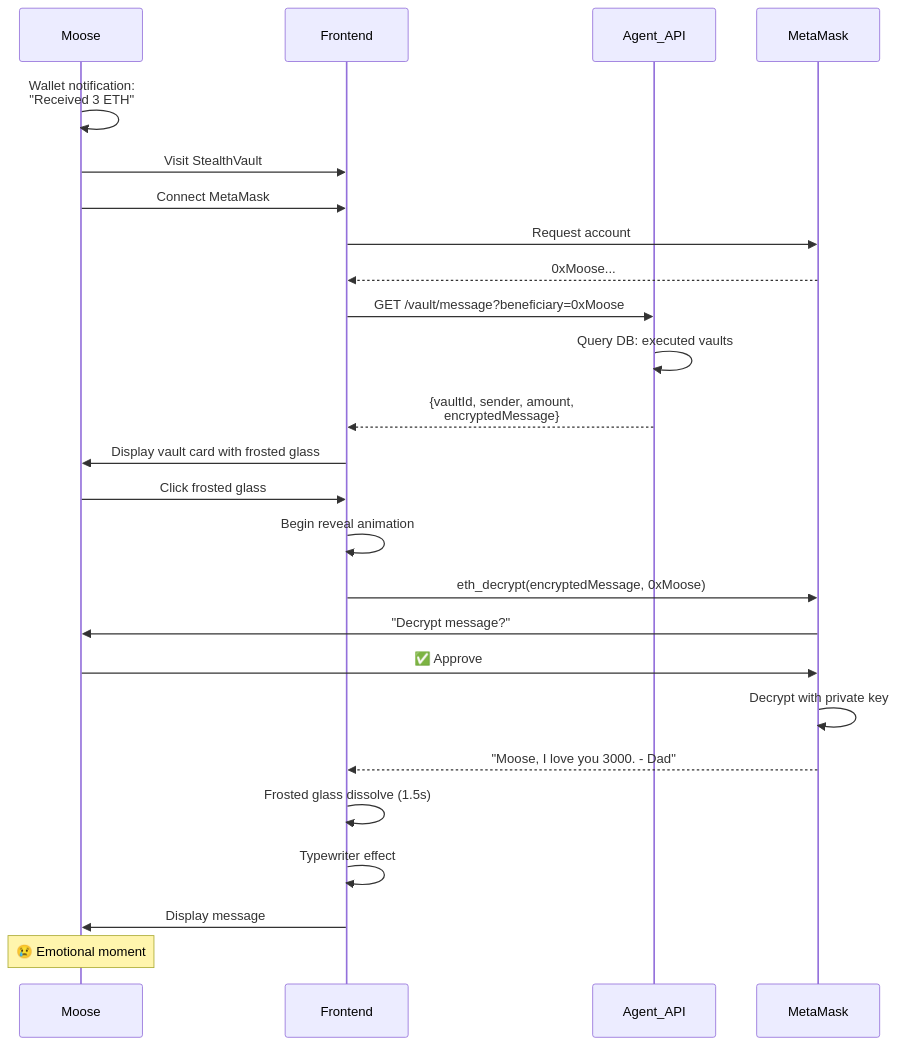
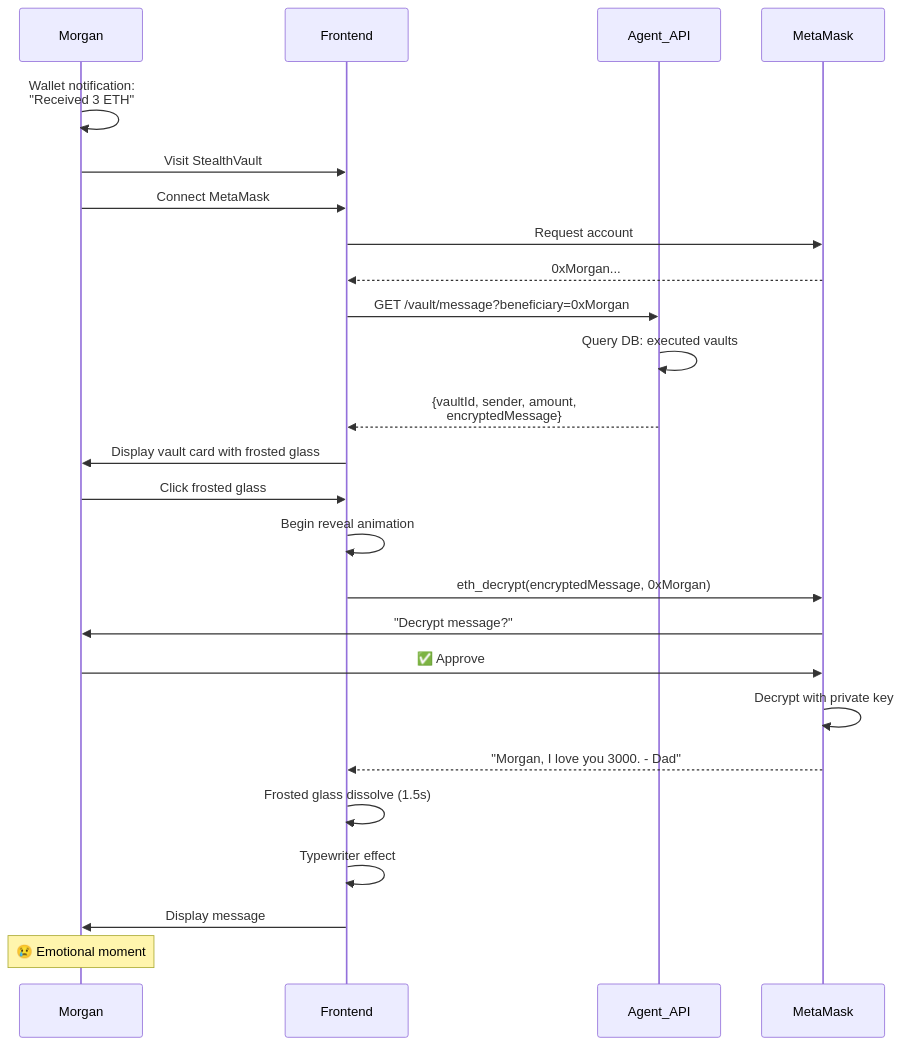
The sixth of 6 diagrams in docs/DESIGN.md (reliq-protocol/reliq), drawn with Mermaid before and after one commit. The commit also changed other lines of this file and 147 other files, not shown here.

````diff
--- a/docs/DESIGN.md
+++ b/docs/DESIGN.md
@@ -429,34 +429,34 @@
 ```mermaid
 sequenceDiagram
-    participant Moose
+    participant Morgan
     participant Frontend
     participant Agent_API
     participant MetaMask
     
-    Moose->>Moose: Wallet notification:<br/>"Received 3 ETH"
-    Moose->>Frontend: Visit StealthVault
-    Moose->>Frontend: Connect MetaMask
+    Morgan->>Morgan: Wallet notification:<br/>"Received 3 ETH"
+    Morgan->>Frontend: Visit StealthVault
+    Morgan->>Frontend: Connect MetaMask
     Frontend->>MetaMask: Request account
-    MetaMask-->>Frontend: 0xMoose...
+    MetaMask-->>Frontend: 0xMorgan...
     
-    Frontend->>Agent_API: GET /vault/message?beneficiary=0xMoose
+    Frontend->>Agent_API: GET /vault/message?beneficiary=0xMorgan
     Agent_API->>Agent_API: Query DB: executed vaults
     Agent_API-->>Frontend: {vaultId, sender, amount,<br/>encryptedMessage}
     
-    Frontend->>Moose: Display vault card with frosted glass
+    Frontend->>Morgan: Display vault card with frosted glass
     
-    Moose->>Frontend: Click frosted glass
+    Morgan->>Frontend: Click frosted glass
     Frontend->>Frontend: Begin reveal animation
-    Frontend->>MetaMask: eth_decrypt(encryptedMessage, 0xMoose)
-    MetaMask->>Moose: "Decrypt message?"
-    Moose->>MetaMask: ✅ Approve
+    Frontend->>MetaMask: eth_decrypt(encryptedMessage, 0xMorgan)
+    MetaMask->>Morgan: "Decrypt message?"
+    Morgan->>MetaMask: ✅ Approve
     
     MetaMask->>MetaMask: Decrypt with private key
-    MetaMask-->>Frontend: "Moose, I love you 3000. - Dad"
+    MetaMask-->>Frontend: "Morgan, I love you 3000. - Dad"
     
     Frontend->>Frontend: Frosted glass dissolve (1.5s)
     Frontend->>Frontend: Typewriter effect
-    Frontend->>Moose: Display message
+    Frontend->>Morgan: Display message
     
-    Note over Moose: 😢 Emotional moment
+    Note over Morgan: 😢 Emotional moment
 ```
````
